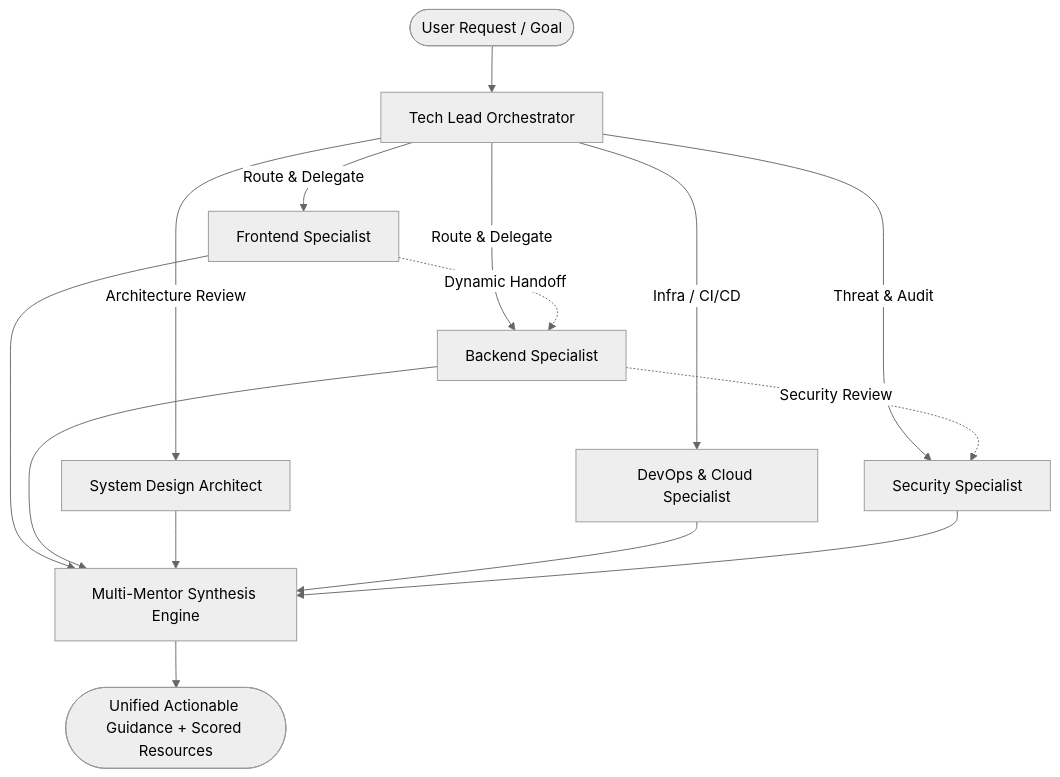
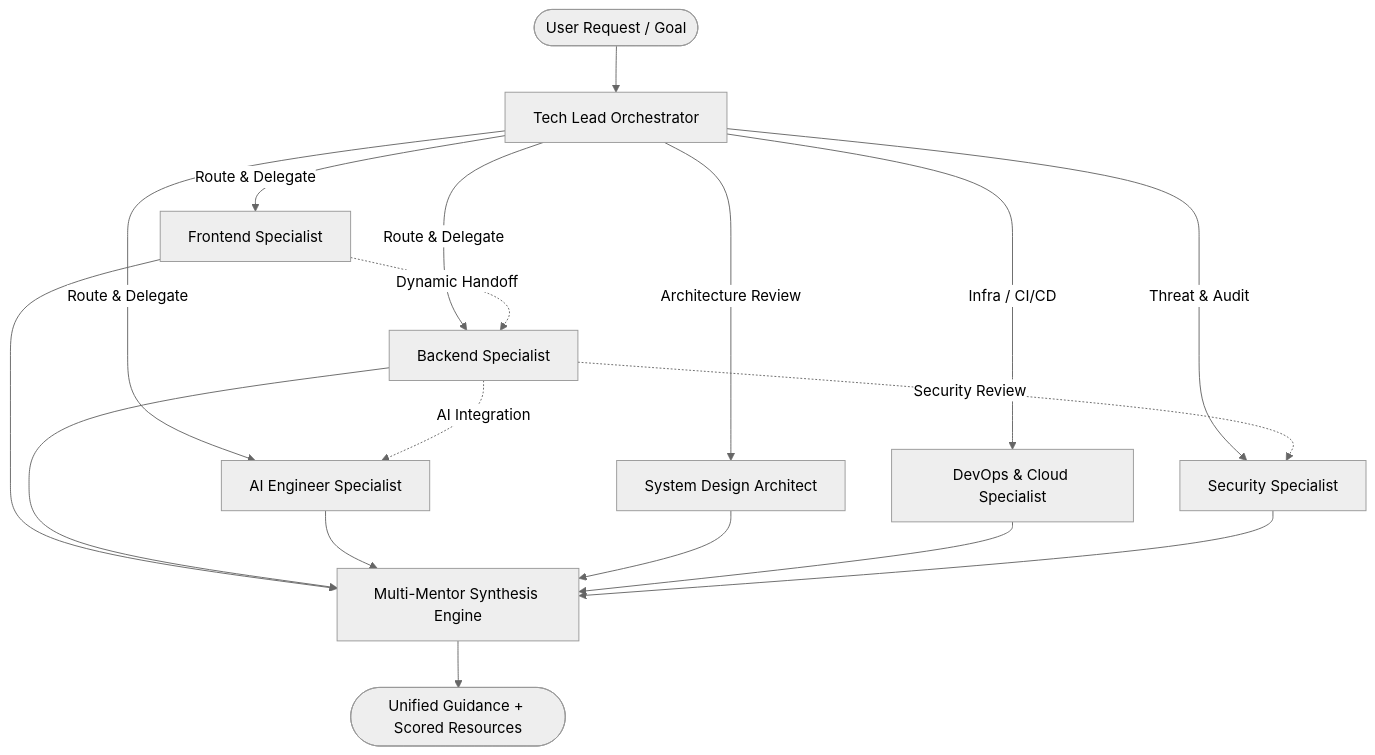
Before and after one commit to Ravindra-builds/SkillFarm: the diagram in README.md, drawn with Mermaid (neutral theme). The commit also changed other lines of this file and 5 other files, not shown here.

````diff
--- a/README.md
+++ b/README.md
@@ -27,13 +34,15 @@
 ```mermaid
 graph TD
     User([User Request / Goal]) --> Router[Tech Lead Orchestrator]
     Router --> |Route & Delegate| M1[Frontend Specialist]
     Router --> |Route & Delegate| M2[Backend Specialist]
-    Router --> |Architecture Review| M3[System Design Architect]
-    Router --> |Infra / CI/CD| M4[DevOps & Cloud Specialist]
-    Router --> |Threat & Audit| M5[Security Specialist]
+    Router --> |Route & Delegate| M3[AI Engineer Specialist]
+    Router --> |Architecture Review| M4[System Design Architect]
+    Router --> |Infra / CI/CD| M5[DevOps & Cloud Specialist]
+    Router --> |Threat & Audit| M6[Security Specialist]
     M1 -.-> |Dynamic Handoff| M2
-    M2 -.-> |Security Review| M5
-    M1 & M2 & M3 & M4 & M5 --> Synthesis[Multi-Mentor Synthesis Engine]
-    Synthesis --> Output([Unified Actionable Guidance + Scored Resources])
+    M2 -.-> |Security Review| M6
+    M2 -.-> |AI Integration| M3
+    M1 & M2 & M3 & M4 & M5 & M6 --> Synthesis[Multi-Mentor Synthesis Engine]
+    Synthesis --> Output([Unified Guidance + Scored Resources])
 ```
````
